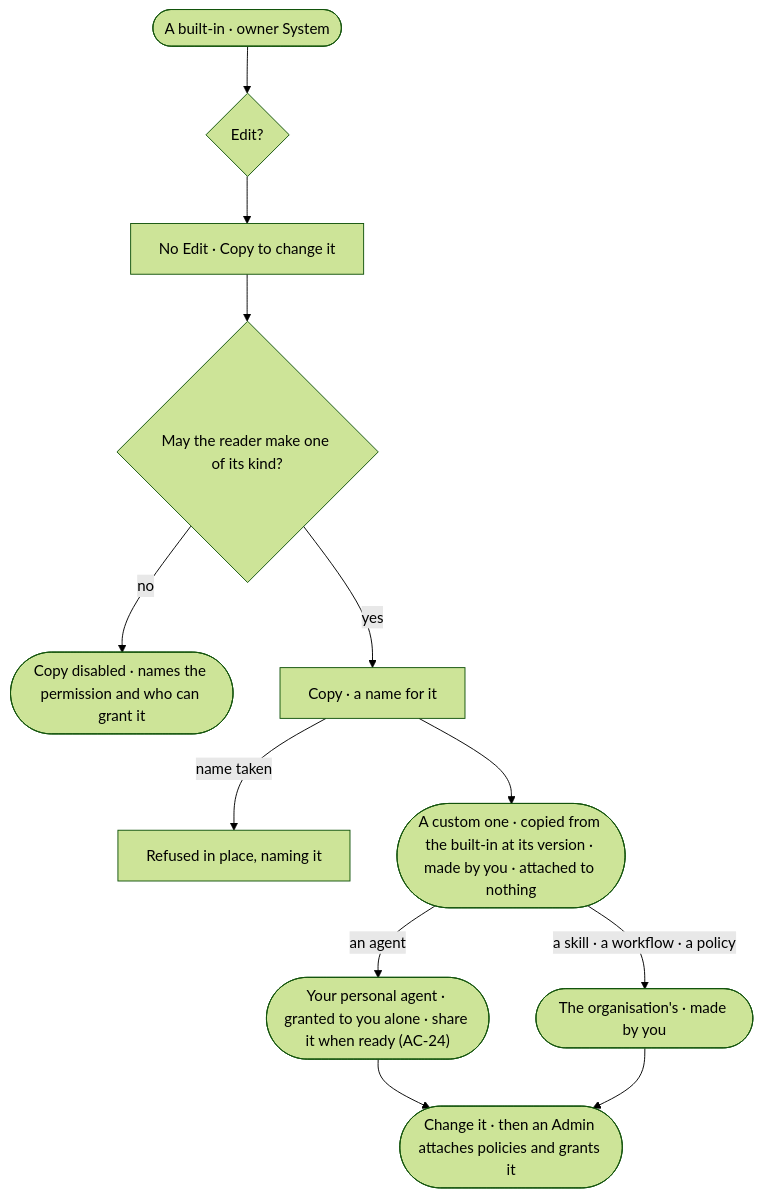
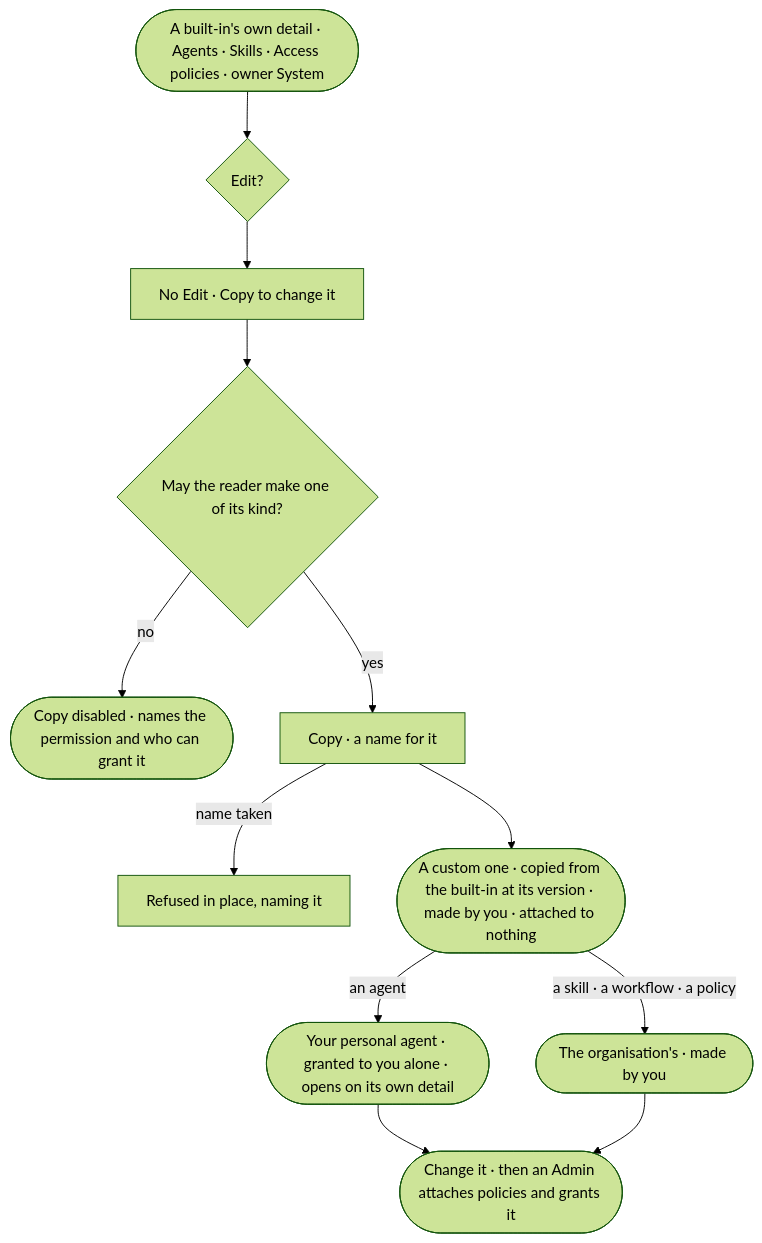
One commit to invana/invana changed the diagram in specs/os/access/features/AC-F07-ownership/stories/AC-25-copy-a-built-in-to-change-it/story.md. Above: the diagram before and after it, drawn with Mermaid (forest theme). The commit also changed other lines of this file and 1 other file, not shown here.

Commit message:
wip(platform-design-3): P01 · step 2 — CP-03 key path, AC-25 on the built-in's detail

````diff
--- a/specs/os/access/features/AC-F07-ownership/stories/AC-25-copy-a-built-in-to-change-it/story.md
+++ b/specs/os/access/features/AC-F07-ownership/stories/AC-25-copy-a-built-in-to-change-it/story.md
@@ -26,14 +26,14 @@
 ```mermaid
 flowchart TD
-  b([A built-in · owner System]) --> e{"Edit?"}
+  b([A built-in's own detail · Agents · Skills · Access policies · owner System]) --> e{"Edit?"}
   e --> ne["No Edit · Copy to change it"]
   ne --> c{"May the reader make one of its kind?"}
   c -->|no| na(["Copy disabled · names the permission and who can grant it"])
   c -->|yes| cp["Copy · a name for it"]
   cp -->|name taken| nt["Refused in place, naming it"]
   cp --> mine(["A custom one · copied from the built-in at its version · made by you · attached to nothing"])
-  mine -->|an agent| pers(["Your personal agent · granted to you alone · share it when ready (AC-24)"])
+  mine -->|an agent| pers(["Your personal agent · granted to you alone · opens on its own detail"])
   mine -->|a skill · a workflow · a policy| orgc(["The organisation's · made by you"])
   pers --> next(["Change it · then an Admin attaches policies and grants it"])
   orgc --> next
 ```
````
